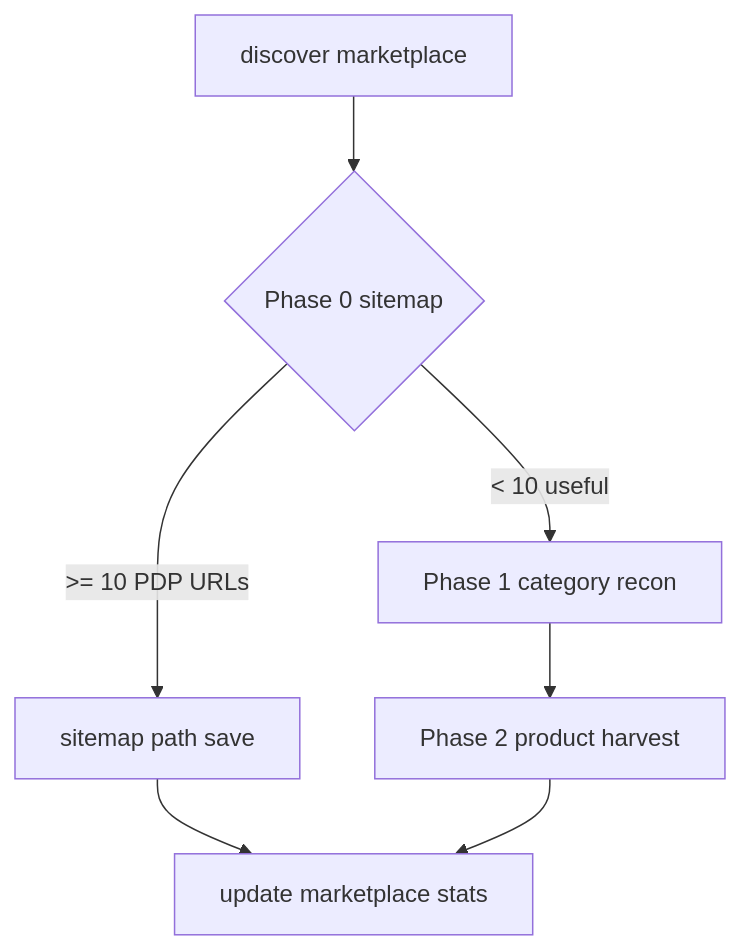
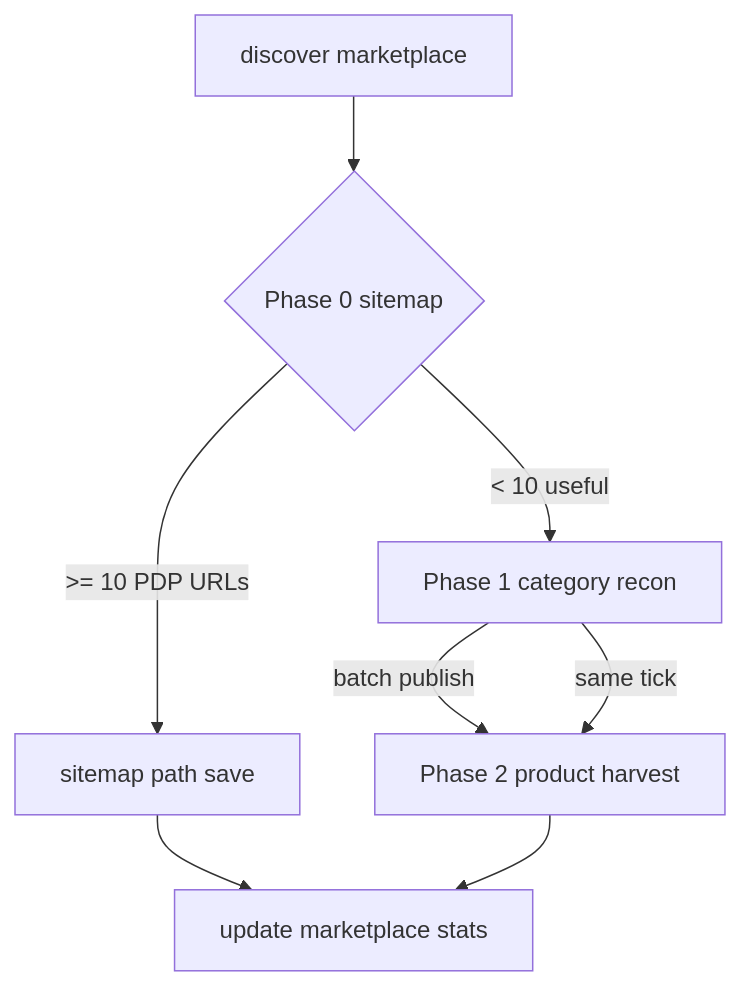
Before and after one commit to vladgorbachov/imperecta: the third of 3 diagrams in Imperecta_Backend.md, drawn with Mermaid. The commit also changed other lines of this file and 5 other files, not shown here.

````diff
--- a/Imperecta_Backend.md
+++ b/Imperecta_Backend.md
@@ -1137,9 +1150,10 @@
 ```mermaid
 flowchart TD
     D[discover marketplace] --> S{Phase 0 sitemap}
     S -->|>= 10 PDP URLs| SP[sitemap path save]
     S -->|< 10 useful| C[Phase 1 category recon]
-    C --> H[Phase 2 product harvest]
+    C -->|batch publish| H[Phase 2 product harvest]
+    C -->|same tick| H
     SP --> Done[update marketplace stats]
     H --> Done
 ```
````
